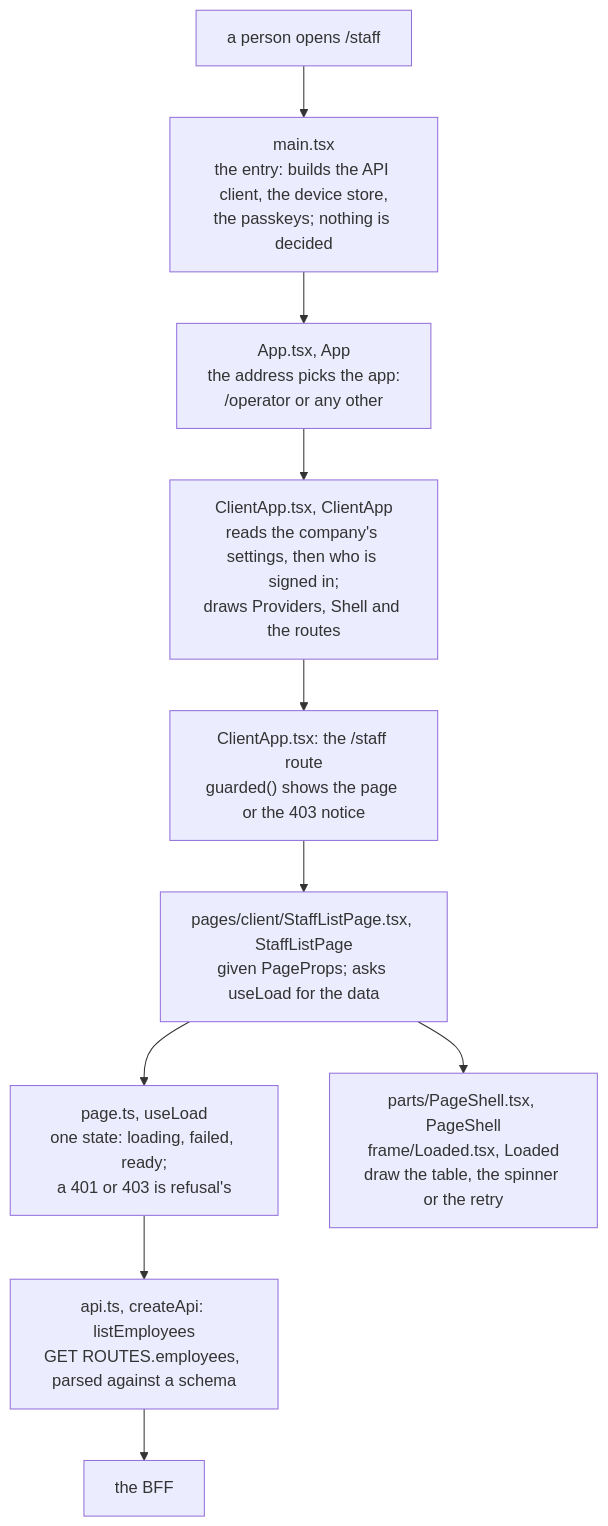
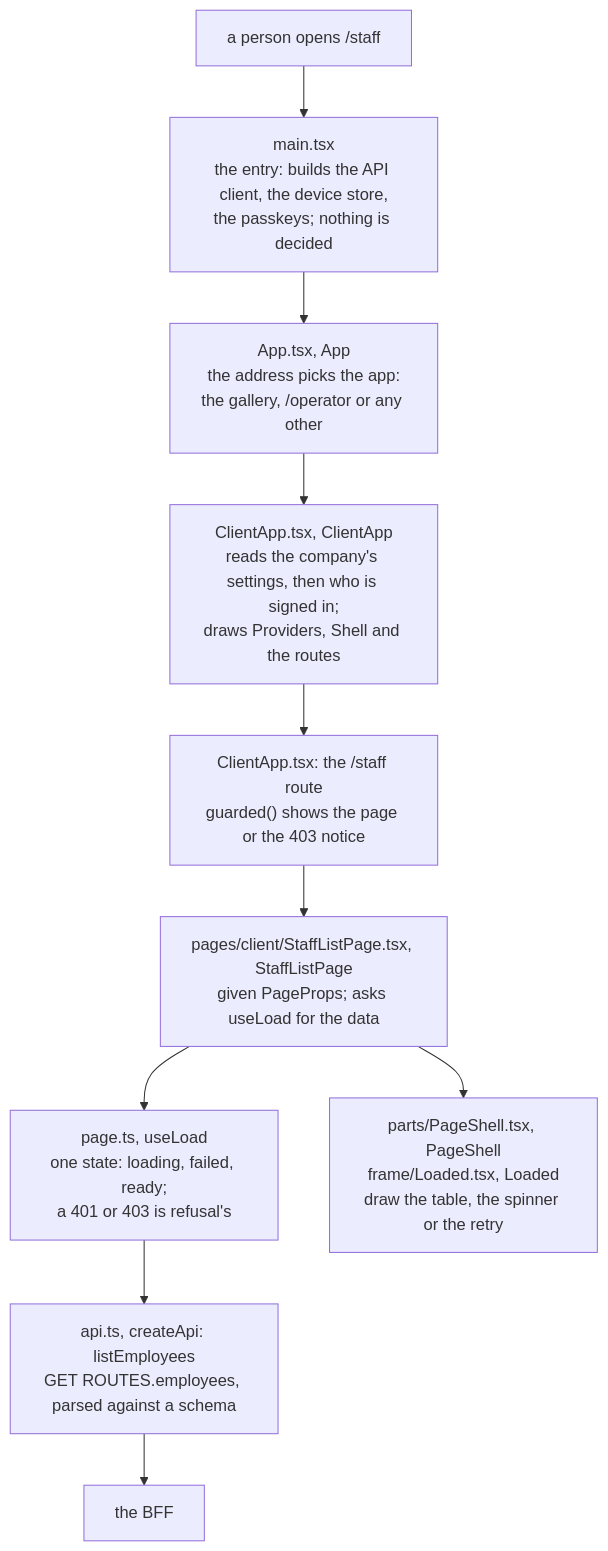
One commit to ancJ29/credo changed the diagram in docs/memo/ui-code.md. Above: the diagram before and after it, drawn with Mermaid. The commit also changed other lines of this file and 10 other files, not shown here.

Commit message:
feat(ui): the gallery at its own address, a lazy chunk of the app; step 1 of the workbench

````diff
--- a/docs/memo/ui-code.md
+++ b/docs/memo/ui-code.md
@@ -9,12 +9,12 @@
 ```mermaid
 flowchart TD
   open["a person opens /staff"] --> entry["main.tsx<br/>the entry: builds the API client, the device store,<br/>the passkeys; nothing is decided"]
-  entry --> app["App.tsx, App<br/>the address picks the app:<br/>/operator or any other"]
+  entry --> app["App.tsx, App<br/>the address picks the app:<br/>the gallery, /operator or any other"]
   app --> client["ClientApp.tsx, ClientApp<br/>reads the company's settings, then who is signed in;<br/>draws Providers, Shell and the routes"]
   client --> route["ClientApp.tsx: the /staff route<br/>guarded() shows the page or the 403 notice"]
   route --> page["pages/client/StaffListPage.tsx, StaffListPage<br/>given PageProps; asks useLoad for the data"]
   page --> load["page.ts, useLoad<br/>one state: loading, failed, ready;<br/>a 401 or 403 is refusal's"]
   load --> api["api.ts, createApi: listEmployees<br/>GET ROUTES.employees, parsed against a schema"]
   api --> bff["the BFF"]
   page --> draw["parts/PageShell.tsx, PageShell<br/>frame/Loaded.tsx, Loaded<br/>draw the table, the spinner or the retry"]
 ```
````
